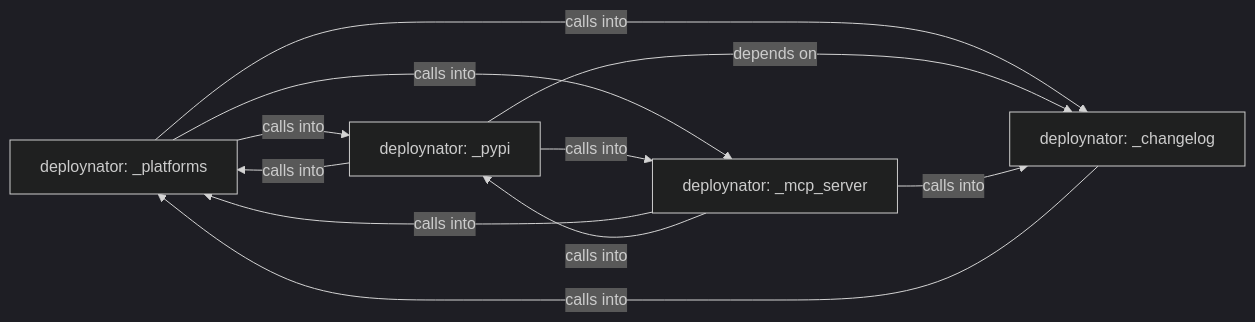
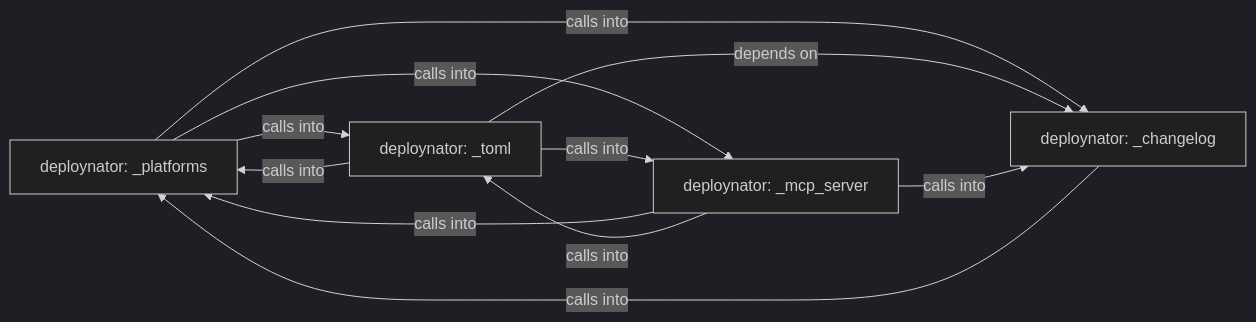
Before and after one commit to grisuno/deploynator: the diagram in readmenator-diagrams/overview.md, drawn with Mermaid (dark theme). The commit also changed other lines of this file and 82 other files, not shown here.

````diff
--- a/readmenator-diagrams/overview.md
+++ b/readmenator-diagrams/overview.md
@@ -1,21 +1,21 @@
 ```mermaid
 graph LR
     deploynator__platforms["deploynator: _platforms"]
-    deploynator__pypi["deploynator: _pypi"]
+    deploynator__toml["deploynator: _toml"]
     deploynator__mcp_server["deploynator: _mcp_server"]
     deploynator__changelog["deploynator: _changelog"]
-    deploynator__platforms -- "calls into" --> deploynator__pypi
+    deploynator__platforms -- "calls into" --> deploynator__toml
     deploynator__platforms -- "calls into" --> deploynator__mcp_server
     deploynator__platforms -- "calls into" --> deploynator__changelog
-    deploynator__pypi -- "calls into" --> deploynator__platforms
-    deploynator__pypi -- "calls into" --> deploynator__mcp_server
-    deploynator__pypi -- "depends on" --> deploynator__changelog
+    deploynator__toml -- "calls into" --> deploynator__platforms
+    deploynator__toml -- "calls into" --> deploynator__mcp_server
+    deploynator__toml -- "depends on" --> deploynator__changelog
     deploynator__mcp_server -- "calls into" --> deploynator__platforms
-    deploynator__mcp_server -- "calls into" --> deploynator__pypi
+    deploynator__mcp_server -- "calls into" --> deploynator__toml
     deploynator__mcp_server -- "calls into" --> deploynator__changelog
     deploynator__changelog -- "calls into" --> deploynator__platforms
     click deploynator__platforms href "./deploynator__platforms.md" "Details"
-    click deploynator__pypi href "./deploynator__pypi.md" "Details"
+    click deploynator__toml href "./deploynator__toml.md" "Details"
     click deploynator__mcp_server href "./deploynator__mcp_server.md" "Details"
     click deploynator__changelog href "./deploynator__changelog.md" "Details"
 ```
````
